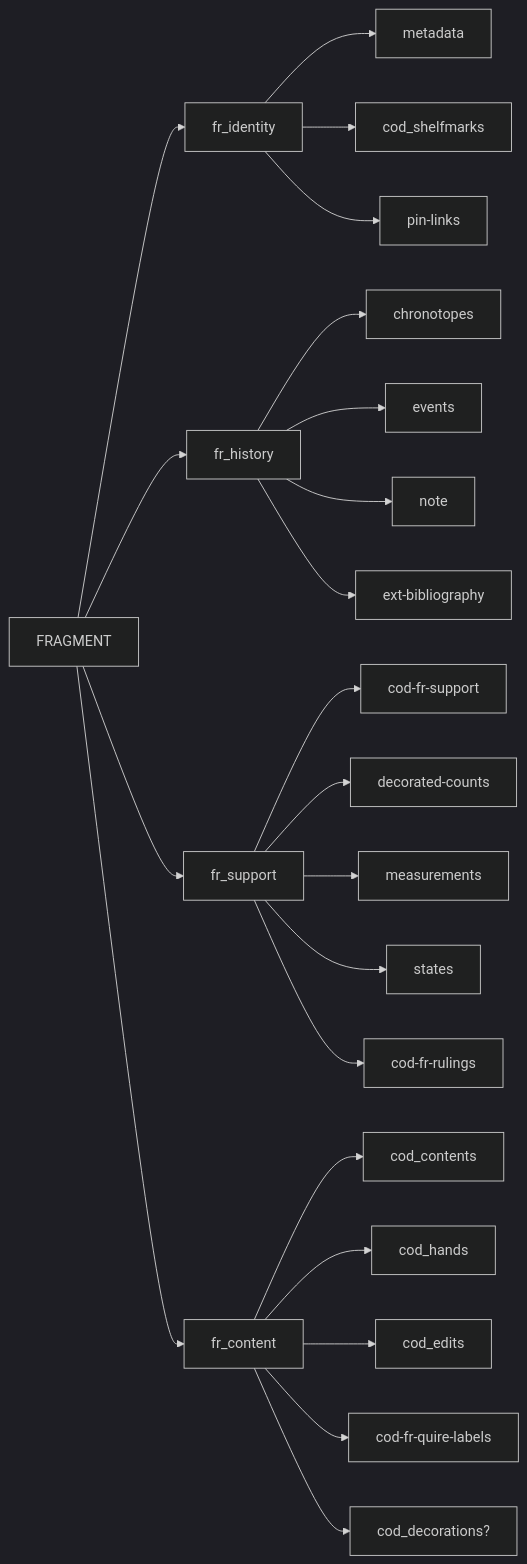
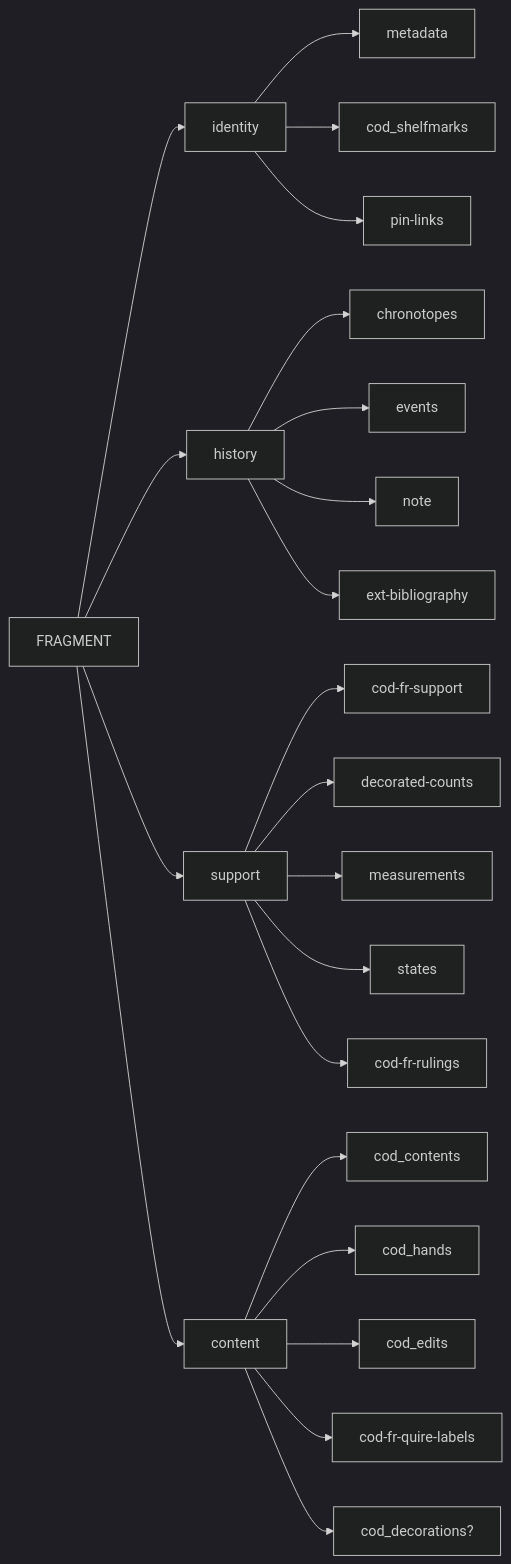
The first of 2 diagrams in README.md (vedph/cadmus-ndp-frac), drawn with Mermaid (dark theme) before and after one commit. The commit also changed other lines of this file, not shown here.

````diff
--- a/README.md
+++ b/README.md
@@ -14,24 +14,24 @@
 ```mermaid
 graph LR;
-FRAGMENT --> fr_identity
-fr_identity --> metadata
-fr_identity --> cod_shelfmarks
-fr_identity --> pin-links
-FRAGMENT --> fr_history
-fr_history --> chronotopes
-fr_history --> events
-fr_history --> note
-fr_history --> ext-bibliography
-FRAGMENT --> fr_support
-fr_support --> cod-fr-support
-fr_support --> decorated-counts
-fr_support --> measurements
-fr_support --> states
-fr_support --> cod-fr-rulings
-FRAGMENT --> fr_content
-fr_content --> cod_contents
-fr_content --> cod_hands
-fr_content --> cod_edits
-fr_content --> cod-fr-quire-labels
-fr_content --> cod_decorations?
+FRAGMENT --> identity
+identity --> metadata
+identity --> cod_shelfmarks
+identity --> pin-links
+FRAGMENT --> history
+history --> chronotopes
+history --> events
+history --> note
+history --> ext-bibliography
+FRAGMENT --> support
+support --> cod-fr-support
+support --> decorated-counts
+support --> measurements
+support --> states
+support --> cod-fr-rulings
+FRAGMENT --> content
+content --> cod_contents
+content --> cod_hands
+content --> cod_edits
+content --> cod-fr-quire-labels
+content --> cod_decorations?
 ```
````
